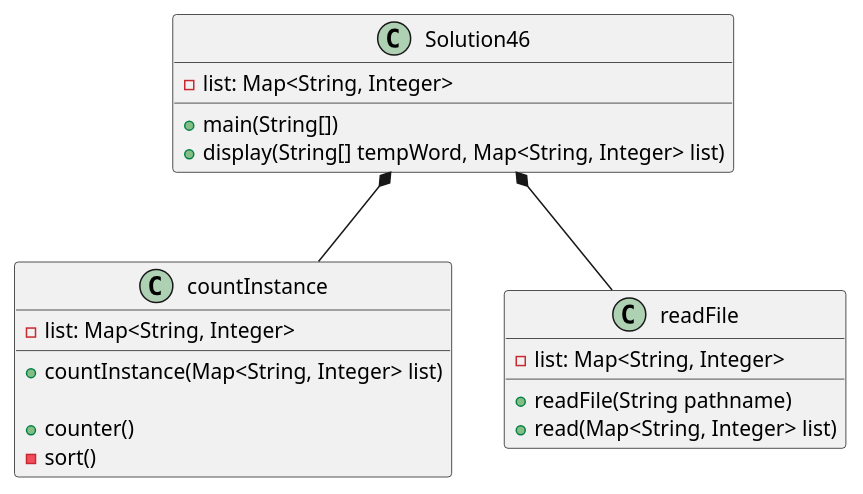
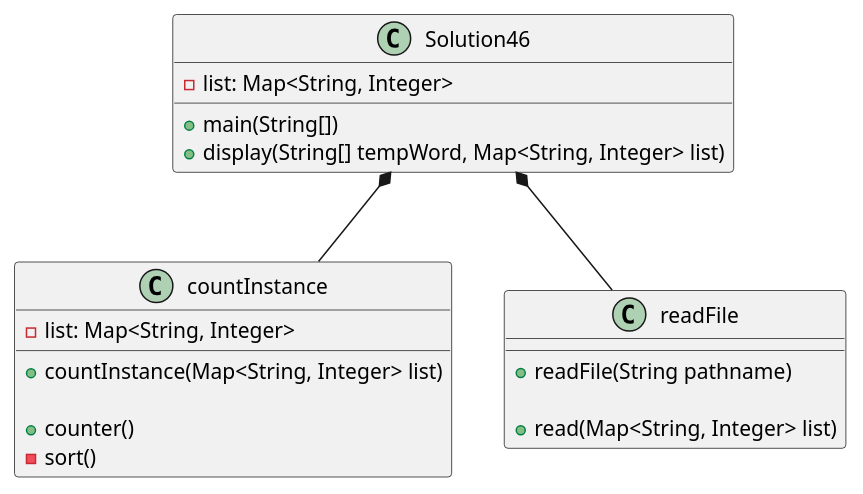
The diagram in exercise46/docs/Solution46_ClassDiagram.puml (cachemoney-3000/samontanez-a04), drawn with PlantUML before and after one commit. The commit also changed 14 other files, not shown here.

```diff
--- a/exercise46/docs/Solution46_ClassDiagram.puml
+++ b/exercise46/docs/Solution46_ClassDiagram.puml
@@ -1,55 +1,59 @@
 @startuml
 class Solution46 {
+    'attribute
     -list: Map<String, Integer>
+
     +main(String[])
         'readFile object
         'store the lines scanned into the list
 
         'call the countInstance object
         'store the words into a string array
 
         'prints out the final output by calling the display method
 
     +display(String[] tempWord, Map<String, Integer> list)
         'string builder object
         'iterate through the list
             'prints out the word
             'as well as prints out how many stars(instance) they have
             'store them into the string builder
         'return the string builder
 
 }
 
 class countInstance {
+    'attribute
     -list: Map<String, Integer>
+
     'constructor
     +countInstance(Map<String, Integer> list)
 
     +counter()
         'loops through the map
         'count how many instances per word
     -sort()
         'sort the list by putting the word with higher instances and the top
         'lowest instances at the bottom
 }
 
 class readFile{
     'constructor
     +readFile(String pathname)
-    -list: Map<String, Integer>
+
     +read(Map<String, Integer> list)
         'try:
             'will keep looping through the file
             'scan all the words in the file
             'put them into the list
             'count how many instances each word have and store it into the list
         'catch all the exception and prints them
         'close the scanner
         'returns the list Map
 
 }
 
 
 Solution46 *-- readFile
 Solution46 *-- countInstance
 @enduml
```
